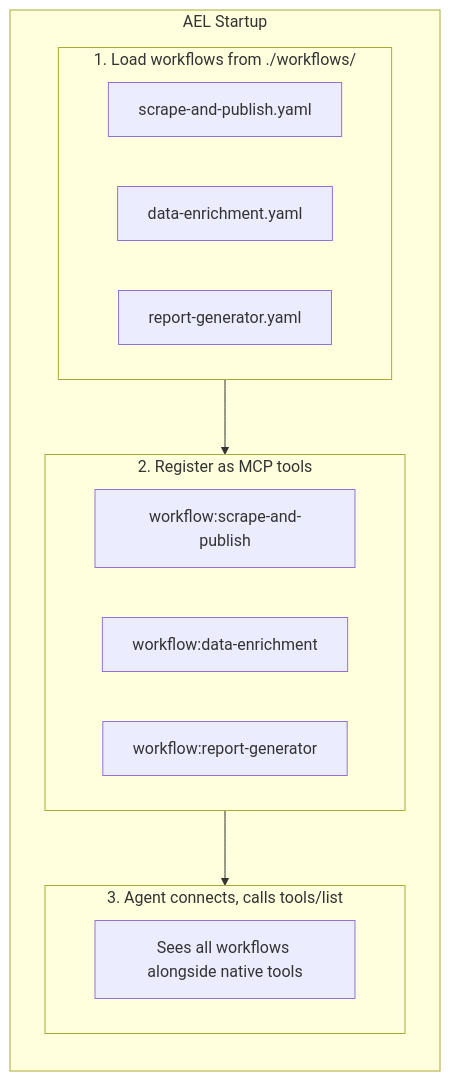
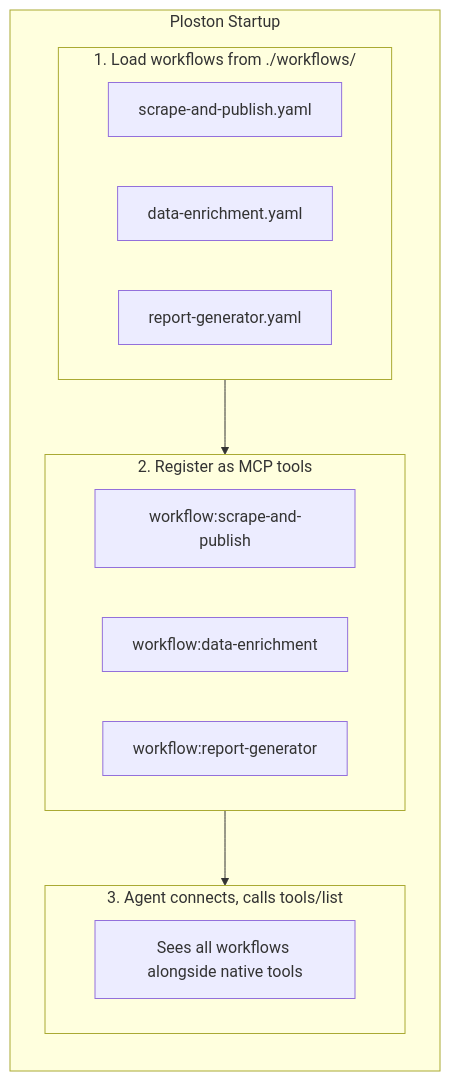
One commit to ostanlabs/ael_documentation changed the first of 2 diagrams in docs/concepts/workflows-as-tools.md. Above: the diagram before and after it, drawn with Mermaid. The commit also changed other lines of this file and 23 other files, not shown here.

First line of the commit message:
rebrand: AEL → Ploston

````diff
--- a/docs/concepts/workflows-as-tools.md
+++ b/docs/concepts/workflows-as-tools.md
@@ -17,24 +17,24 @@
 ```mermaid
 flowchart TB
-    subgraph Startup["AEL Startup"]
+    subgraph Startup["Ploston Startup"]
         direction TB
 
         subgraph Load["1. Load workflows from ./workflows/"]
             W1["scrape-and-publish.yaml"]
             W2["data-enrichment.yaml"]
             W3["report-generator.yaml"]
         end
 
         subgraph Register["2. Register as MCP tools"]
             T1["workflow:scrape-and-publish"]
             T2["workflow:data-enrichment"]
             T3["workflow:report-generator"]
         end
 
         subgraph Discover["3. Agent connects, calls tools/list"]
             D1["Sees all workflows alongside native tools"]
         end
 
         Load --> Register --> Discover
     end
 ```
````
